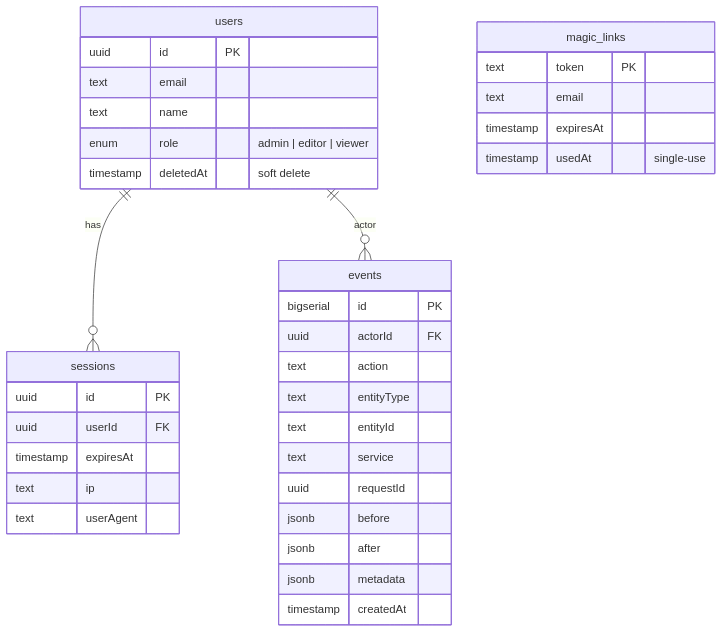
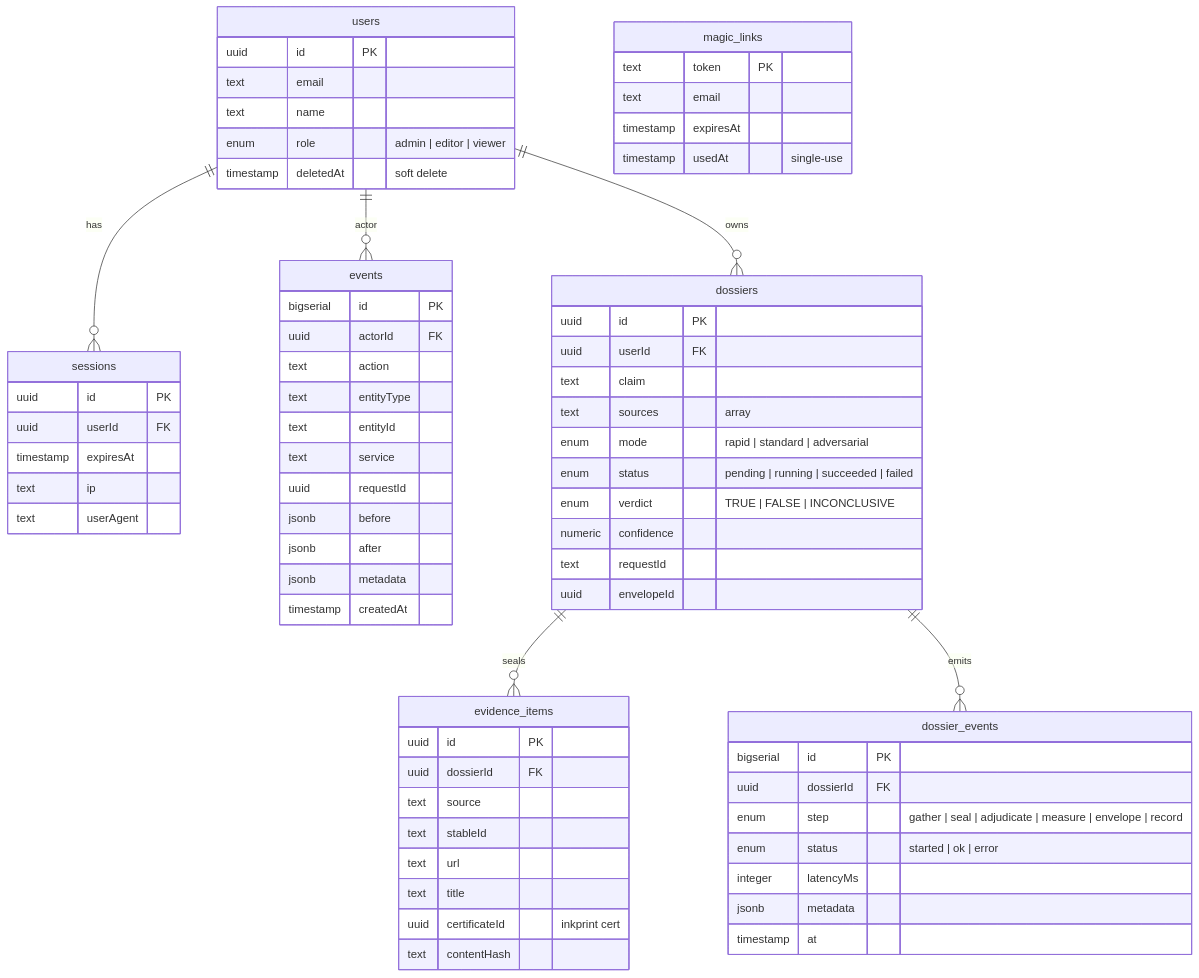
Before and after one commit to Abdul-Muizz1310/bastion: the second of 4 diagrams in docs/ARCHITECTURE.md, drawn with Mermaid. The commit also changed other lines of this file and 6 other files, not shown here.

First line of the commit message:
docs: refresh architecture/spec docs and env example

````diff
--- a/docs/ARCHITECTURE.md
+++ b/docs/ARCHITECTURE.md
@@ -59,42 +60,79 @@
 ```mermaid
 erDiagram
     users ||--o{ sessions : "has"
     users ||--o{ events : "actor"
+    users ||--o{ dossiers : "owns"
+    dossiers ||--o{ evidence_items : "seals"
+    dossiers ||--o{ dossier_events : "emits"
 
     users {
         uuid id PK
         text email
         text name
         enum role "admin | editor | viewer"
         timestamp deletedAt "soft delete"
     }
 
     sessions {
         uuid id PK
         uuid userId FK
         timestamp expiresAt
         text ip
         text userAgent
     }
 
     magic_links {
         text token PK
         text email
         timestamp expiresAt
         timestamp usedAt "single-use"
     }
 
     events {
         bigserial id PK
         uuid actorId FK
         text action
         text entityType
         text entityId
         text service
         uuid requestId
         jsonb before
         jsonb after
         jsonb metadata
         timestamp createdAt
     }
+
+    dossiers {
+        uuid id PK
+        uuid userId FK
+        text claim
+        text sources "array"
+        enum mode "rapid | standard | adversarial"
+        enum status "pending | running | succeeded | failed"
+        enum verdict "TRUE | FALSE | INCONCLUSIVE"
+        numeric confidence
+        text requestId
+        uuid envelopeId
+    }
+
+    evidence_items {
+        uuid id PK
+        uuid dossierId FK
+        text source
+        text stableId
+        text url
+        text title
+        uuid certificateId "inkprint cert"
+        text contentHash
+    }
+
+    dossier_events {
+        bigserial id PK
+        uuid dossierId FK
+        enum step "gather | seal | adjudicate | measure | envelope | record"
+        enum status "started | ok | error"
+        integer latencyMs
+        jsonb metadata
+        timestamp at
+    }
 ```
````
